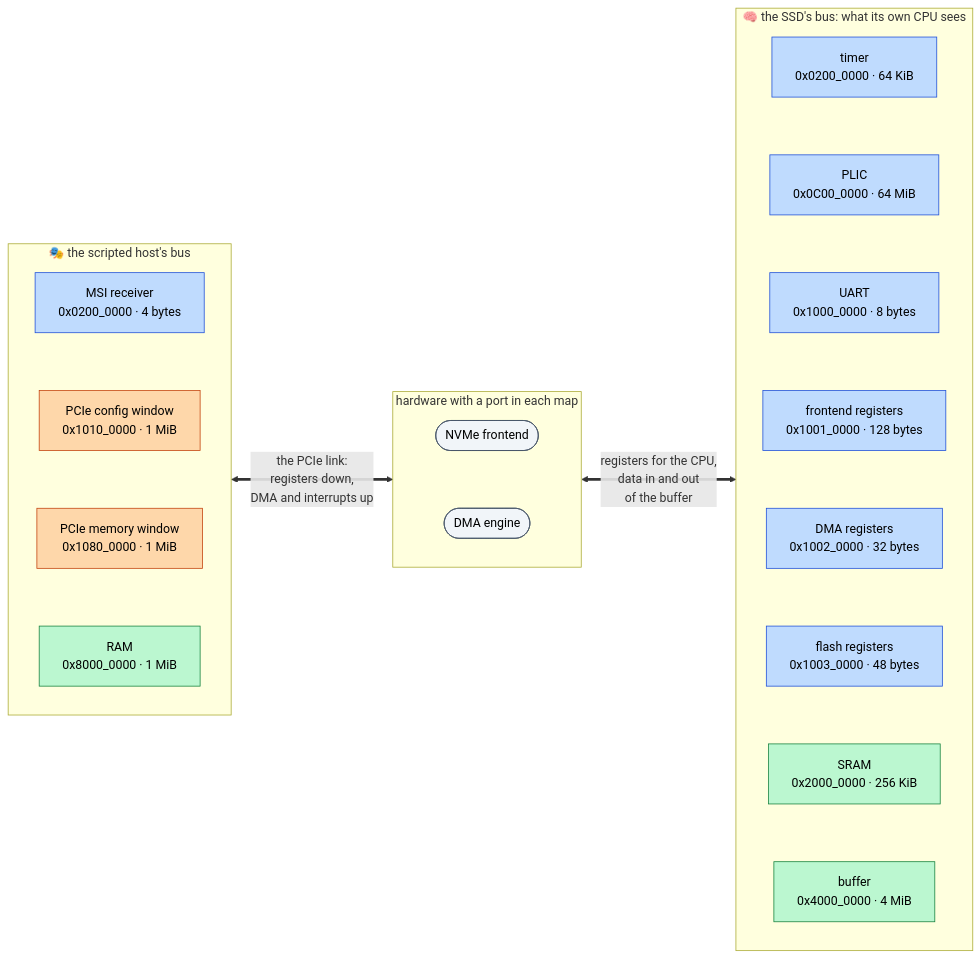
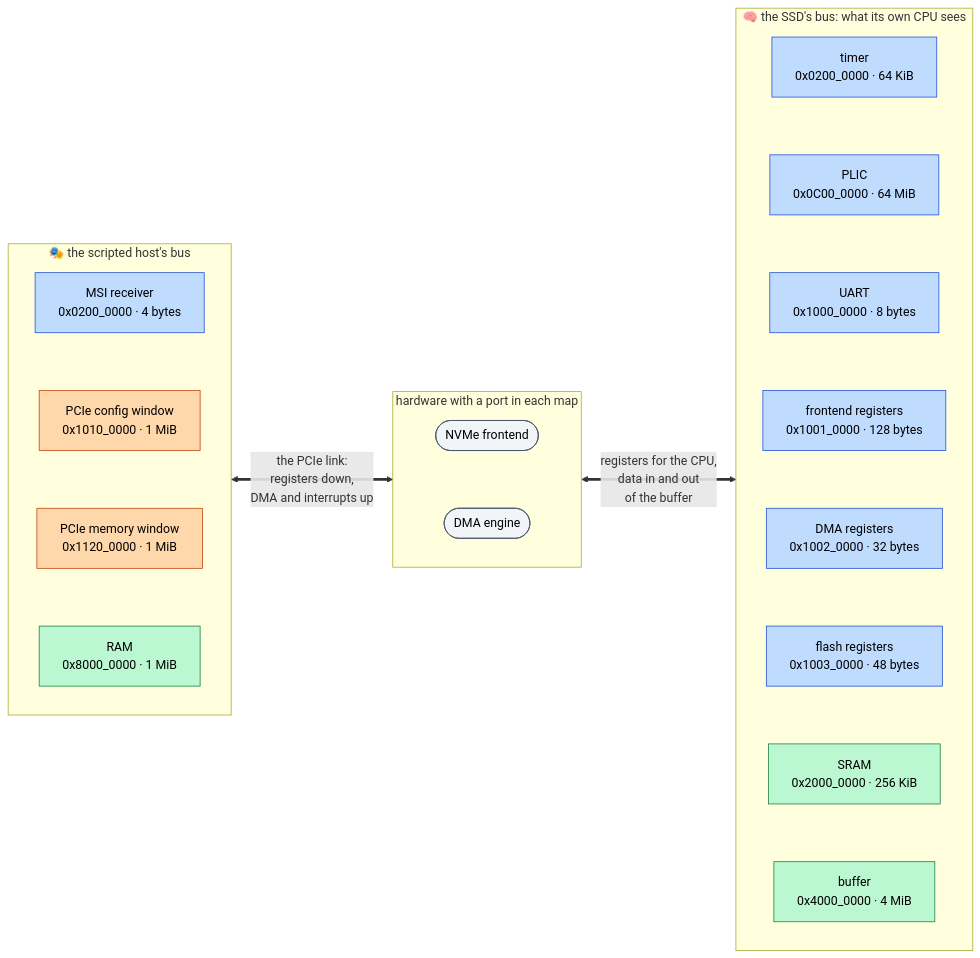
The second of 2 diagrams in docs/address-map.md (cphurley82/socpuppet), drawn with Mermaid before and after one commit. The commit also changed other lines of this file and 7 other files, not shown here.

Commit message:
The boot flash is 16 MiB with the manager's image in its last 2 MiB, so that OpenSBI and UEFI, a little over 4 MiB, fit before it; the IO die's window is 32 MiB, and the PCIe memory window moves past the flash to 0x1120_0000

````diff
--- a/docs/address-map.md
+++ b/docs/address-map.md
@@ -133,40 +133,40 @@
 ```mermaid
 flowchart LR
     subgraph host["🎭 the scripted host's bus"]
         direction TB
         hmsi["MSI&nbsp;receiver<br/>0x0200_0000&nbsp;·&nbsp;4&nbsp;bytes"]
         hecam["PCIe&nbsp;config&nbsp;window<br/>0x1010_0000&nbsp;·&nbsp;1&nbsp;MiB"]
-        hmmio["PCIe&nbsp;memory&nbsp;window<br/>0x1080_0000&nbsp;·&nbsp;1&nbsp;MiB"]
+        hmmio["PCIe&nbsp;memory&nbsp;window<br/>0x1120_0000&nbsp;·&nbsp;1&nbsp;MiB"]
         hram["RAM<br/>0x8000_0000&nbsp;·&nbsp;1&nbsp;MiB"]
         hmsi ~~~ hecam ~~~ hmmio ~~~ hram
     end
     subgraph both["hardware with a port in each map"]
         direction TB
         fe(["NVMe frontend"])
         dma(["DMA engine"])
         fe ~~~ dma
     end
     subgraph ssd["🧠 the SSD's bus: what its own CPU sees"]
         direction TB
         timer["timer<br/>0x0200_0000&nbsp;·&nbsp;64&nbsp;KiB"]
         plic["PLIC<br/>0x0C00_0000&nbsp;·&nbsp;64&nbsp;MiB"]
         uart["UART<br/>0x1000_0000&nbsp;·&nbsp;8&nbsp;bytes"]
         fereg["frontend&nbsp;registers<br/>0x1001_0000&nbsp;·&nbsp;128&nbsp;bytes"]
         dmareg["DMA&nbsp;registers<br/>0x1002_0000&nbsp;·&nbsp;32&nbsp;bytes"]
         flashreg["flash&nbsp;registers<br/>0x1003_0000&nbsp;·&nbsp;48&nbsp;bytes"]
         sram["SRAM<br/>0x2000_0000&nbsp;·&nbsp;256&nbsp;KiB"]
         buffer["buffer<br/>0x4000_0000&nbsp;·&nbsp;4&nbsp;MiB"]
         timer ~~~ plic ~~~ uart ~~~ fereg ~~~ dmareg ~~~ flashreg ~~~ sram ~~~ buffer
     end
     host <== "the PCIe link:<br/>registers down,<br/>DMA and interrupts up" ==> both
     both <== "registers for the CPU,<br/>data in and out<br/>of the buffer" ==> ssd
 
     classDef memory fill:#bbf7d0,stroke:#15803d,color:#000
     classDef device fill:#bfdbfe,stroke:#1d4ed8,color:#000
     classDef pcie fill:#fed7aa,stroke:#c2410c,color:#000
     classDef hardware fill:#f1f5f9,stroke:#475569,color:#000
     class hram,sram,buffer memory
     class hmsi,timer,plic,uart,fereg,dmareg,flashreg device
     class hecam,hmmio pcie
     class fe,dma hardware
 ```
````
